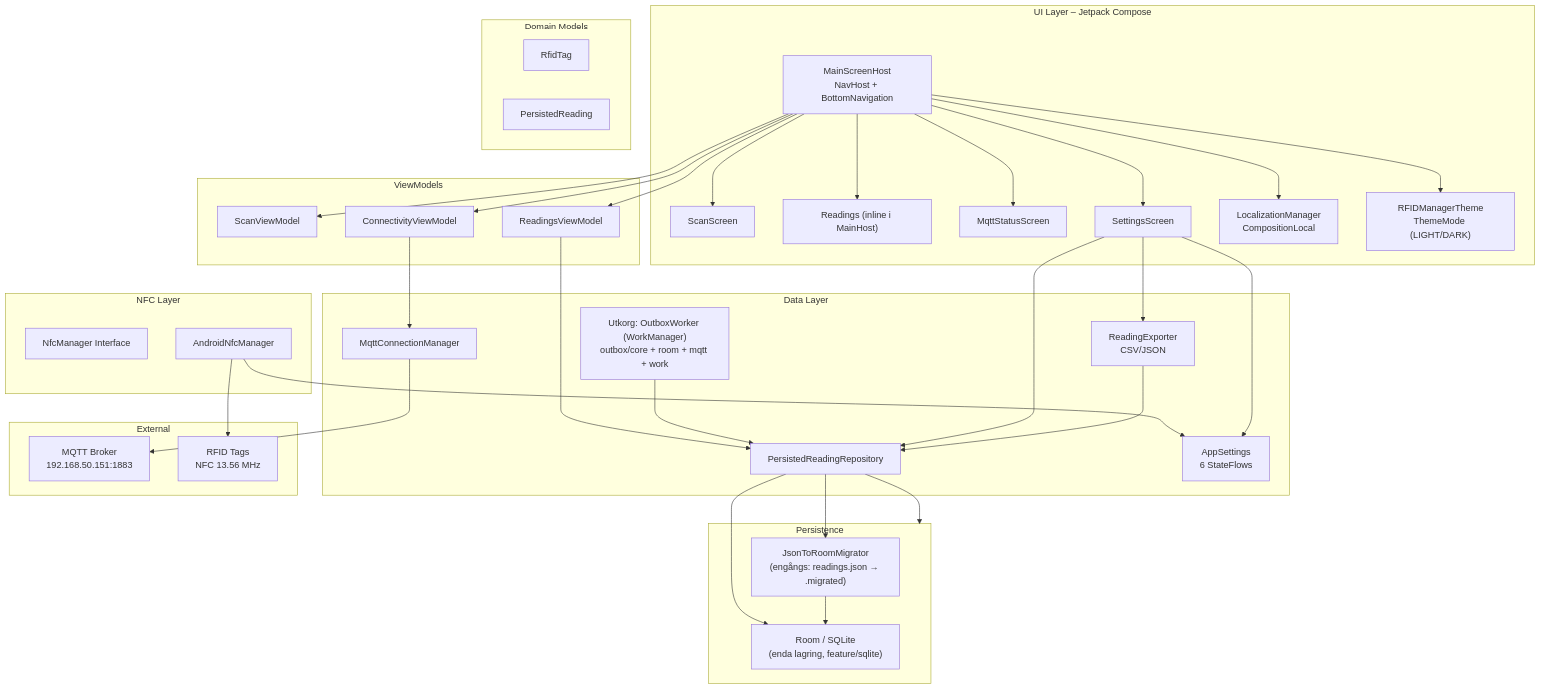
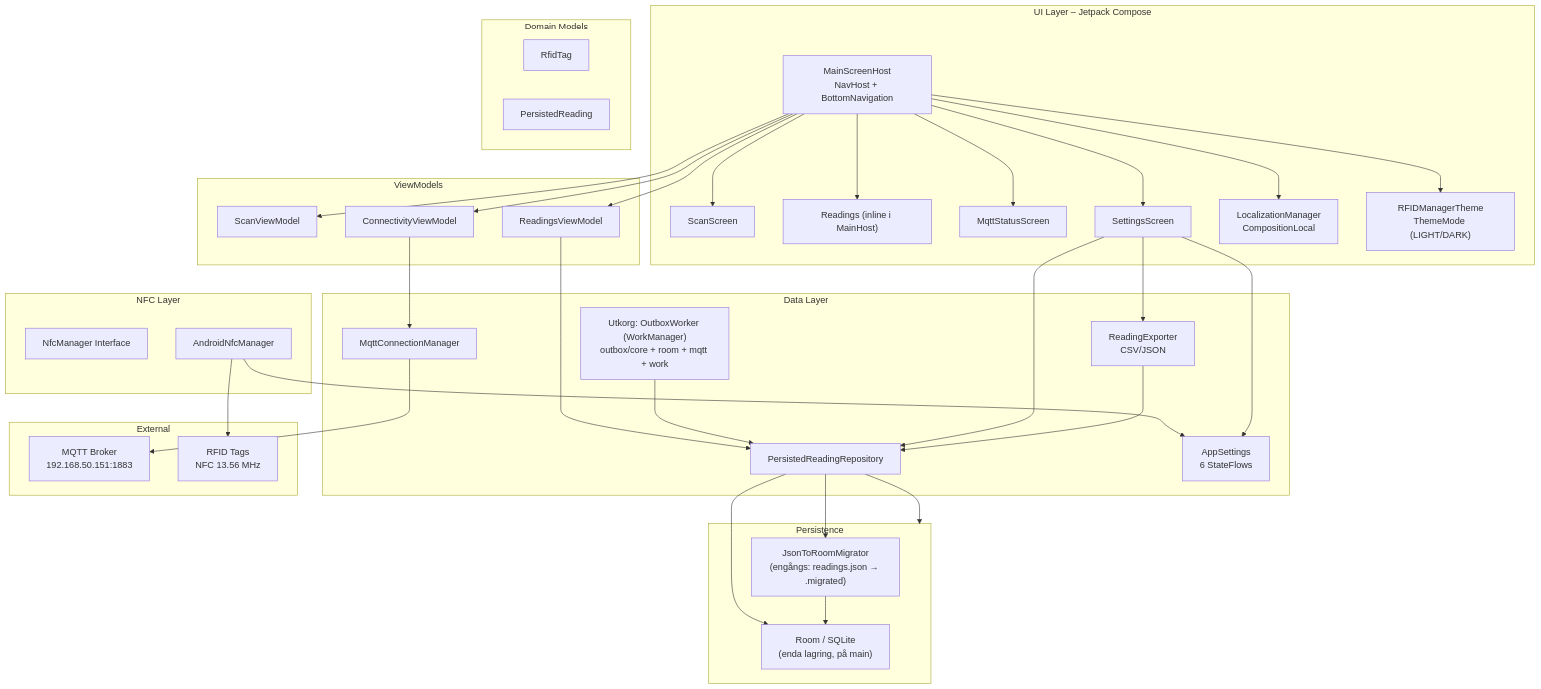
Before and after one commit to JoaBerra/rfid-manager: the first of 2 diagrams in wiki/App-Architecture.md, drawn with Mermaid. The commit also changed other lines of this file and 6 other files, not shown here.

Commit message:
Docs: sqlite, outbox, omgångar och NFC-skrivknapp mergade till main

````diff
--- a/wiki/App-Architecture.md
+++ b/wiki/App-Architecture.md
@@ -8,61 +8,61 @@
 ```mermaid
 graph TD
     subgraph UI["UI Layer – Jetpack Compose"]
         MainHost["MainScreenHost<br/>NavHost + BottomNavigation"]
         ScanScr["ScanScreen"]
         RdgScr["Readings (inline i MainHost)"]
         ConnScr["MqttStatusScreen"]
         SettScr["SettingsScreen"]
         Local["LocalizationManager<br/>CompositionLocal"]
         Theme["RFIDManagerTheme<br/>ThemeMode (LIGHT/DARK)"]
     end
 
     subgraph ViewModels["ViewModels"]
         ScanVM["ScanViewModel"]
         RdgVM["ReadingsViewModel"]
         ConnVM["ConnectivityViewModel"]
     end
 
     subgraph Data["Data Layer"]
         Repo["PersistedReadingRepository"]
         MqttMgr["MqttConnectionManager"]
         Outbox["Utkorg: OutboxWorker (WorkManager)<br/>outbox/core + room + mqtt + work"]
         Settings["AppSettings<br/>6 StateFlows"]
         Export["ReadingExporter<br/>CSV/JSON"]
     end
 
     subgraph Storage["Persistence"]
-        Room["Room / SQLite<br/>(enda lagring, feature/sqlite)"]
+        Room["Room / SQLite<br/>(enda lagring, på main)"]
         Migr["JsonToRoomMigrator<br/>(engångs: readings.json → .migrated)"]
     end
 
     subgraph NFC["NFC Layer"]
         NfcMgr["NfcManager Interface"]
         AndroidNfc["AndroidNfcManager"]
     end
 
     subgraph Domain["Domain Models"]
         RfidTag["RfidTag"]
         Persisted["PersistedReading"]
     end
 
     subgraph External["External"]
         Mqtt["MQTT Broker<br/>192.168.50.151:1883"]
         Tag["RFID Tags<br/>NFC 13.56 MHz"]
     end
 
     MainHost --> ScanScr & RdgScr & ConnScr & SettScr
     MainHost --> ScanVM & RdgVM & ConnVM
     MainHost --> Local
     MainHost --> Theme
     RdgVM --> Repo --> Storage
     ConnVM --> MqttMgr
     Outbox --> Repo
     MqttMgr --> Mqtt
     AndroidNfc --> Tag
     AndroidNfc --> Settings
     SettScr --> Settings & Repo & Export
     Export --> Repo
     Repo --> Room
     Repo --> Migr --> Room
 ```
````
